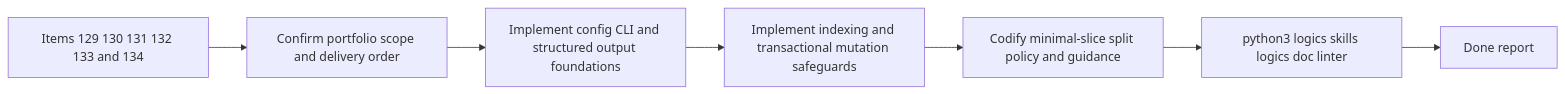
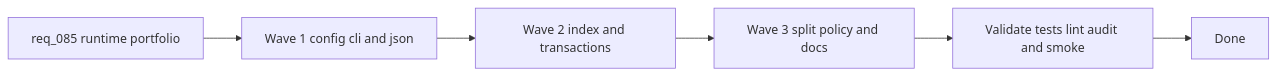
The diagram in logics/tasks/task_097_orchestration_delivery_for_req_085_repo_config_runtime_entrypoints_and_transactional_scaling_primitives.md (AlexAgo83/logics-manager), drawn with Mermaid before and after one commit. The commit also changed other lines of this file and 7 other files, not shown here.

Commit message:
Finish req_085 runtime delivery and close task_097

````diff
--- a/logics/tasks/task_097_orchestration_delivery_for_req_085_repo_config_runtime_entrypoints_and_transactional_scaling_primitives.md
+++ b/logics/tasks/task_097_orchestration_delivery_for_req_085_repo_config_runtime_entrypoints_and_transactional_scaling_primitives.md
@@ -34,11 +26,10 @@
 ```mermaid
 %% logics-kind: task
-%% logics-signature: task|orchestration-delivery-for-req-085-repo-|item-129-introduce-repo-native-logics-co|1-confirm-portfolio-scope-dependencies-a|python3-logics-skills-logics-doc-linter-
+%% logics-signature: task|orchestration-delivery-for-req-085-repo-|item-129-introduce-repo-native-logics-co|1-confirm-portfolio-scope-dependencies-a|python3-m-py-compile-logics-skills-logic
 flowchart LR
-    Backlog[Items 129 130 131 132 133 and 134] --> Step1[Confirm portfolio scope and delivery order]
-    Step1 --> Step2[Implement config CLI and structured output foundations]
-    Step2 --> Step3[Implement indexing and transactional mutation safeguards]
-    Step3 --> Step4[Codify minimal-slice split policy and guidance]
-    Step4 --> Validation[python3 logics skills logics doc linter]
-    Validation --> Report[Done report]
+    Start[req_085 runtime portfolio] --> Wave1[Wave 1 config cli and json]
+    Wave1 --> Wave2[Wave 2 index and transactions]
+    Wave2 --> Wave3[Wave 3 split policy and docs]
+    Wave3 --> Validate[Validate tests lint audit and smoke]
+    Validate --> Done[Done]
 ```
````
